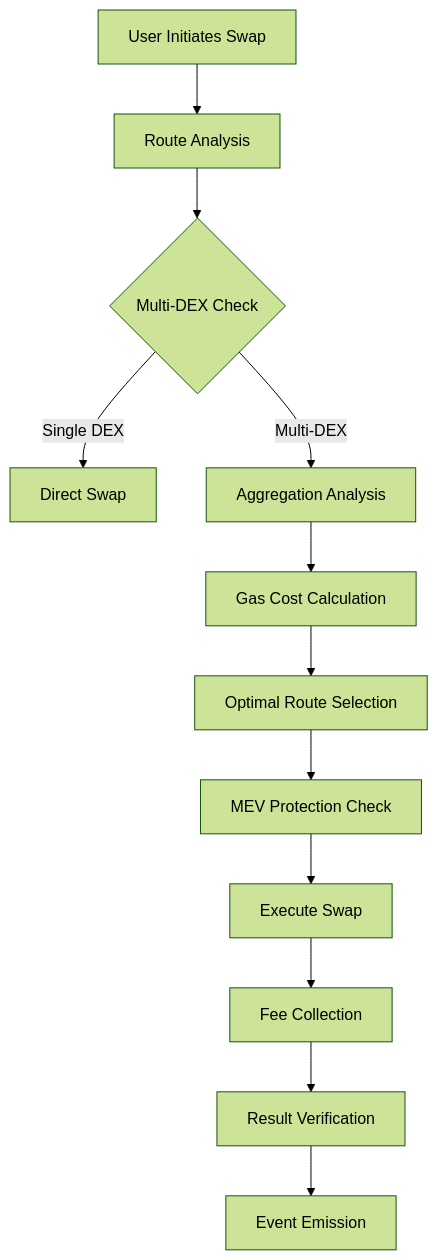
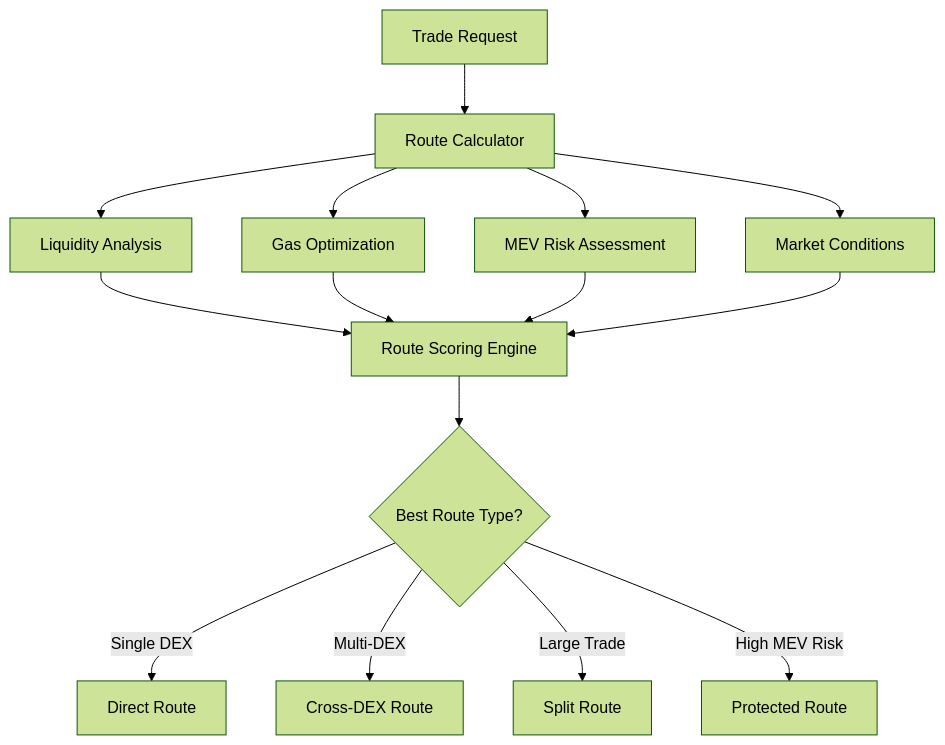
Before and after one commit to qorafi/QoraFi-Swap: the second of 9 diagrams in README.md, drawn with Mermaid (forest theme). The commit also changed other lines of this file, not shown here.

````diff
--- a/README.md
+++ b/README.md
@@ -156,14 +65,17 @@
 ```mermaid
 graph TD
-    A[User Initiates Swap] --> B[Route Analysis]
-    B --> C{Multi-DEX Check}
-    C -->|Single DEX| D[Direct Swap]
-    C -->|Multi-DEX| E[Aggregation Analysis]
-    E --> F[Gas Cost Calculation]
-    F --> G[Optimal Route Selection]
-    G --> H[MEV Protection Check]
-    H --> I[Execute Swap]
-    I --> J[Fee Collection]
-    J --> K[Result Verification]
-    K --> L[Event Emission]
+    A[Trade Request] --> B[Route Calculator]
+    B --> C[Liquidity Analysis]
+    B --> D[Gas Optimization]
+    B --> E[MEV Risk Assessment]
+    B --> F[Market Conditions]
+    C --> G[Route Scoring Engine]
+    D --> G
+    E --> G
+    F --> G
+    G --> H{Best Route Type?}
+    H -->|Single DEX| I[Direct Route]
+    H -->|Multi-DEX| J[Cross-DEX Route]
+    H -->|Large Trade| K[Split Route]
+    H -->|High MEV Risk| L[Protected Route]
 ```
````
